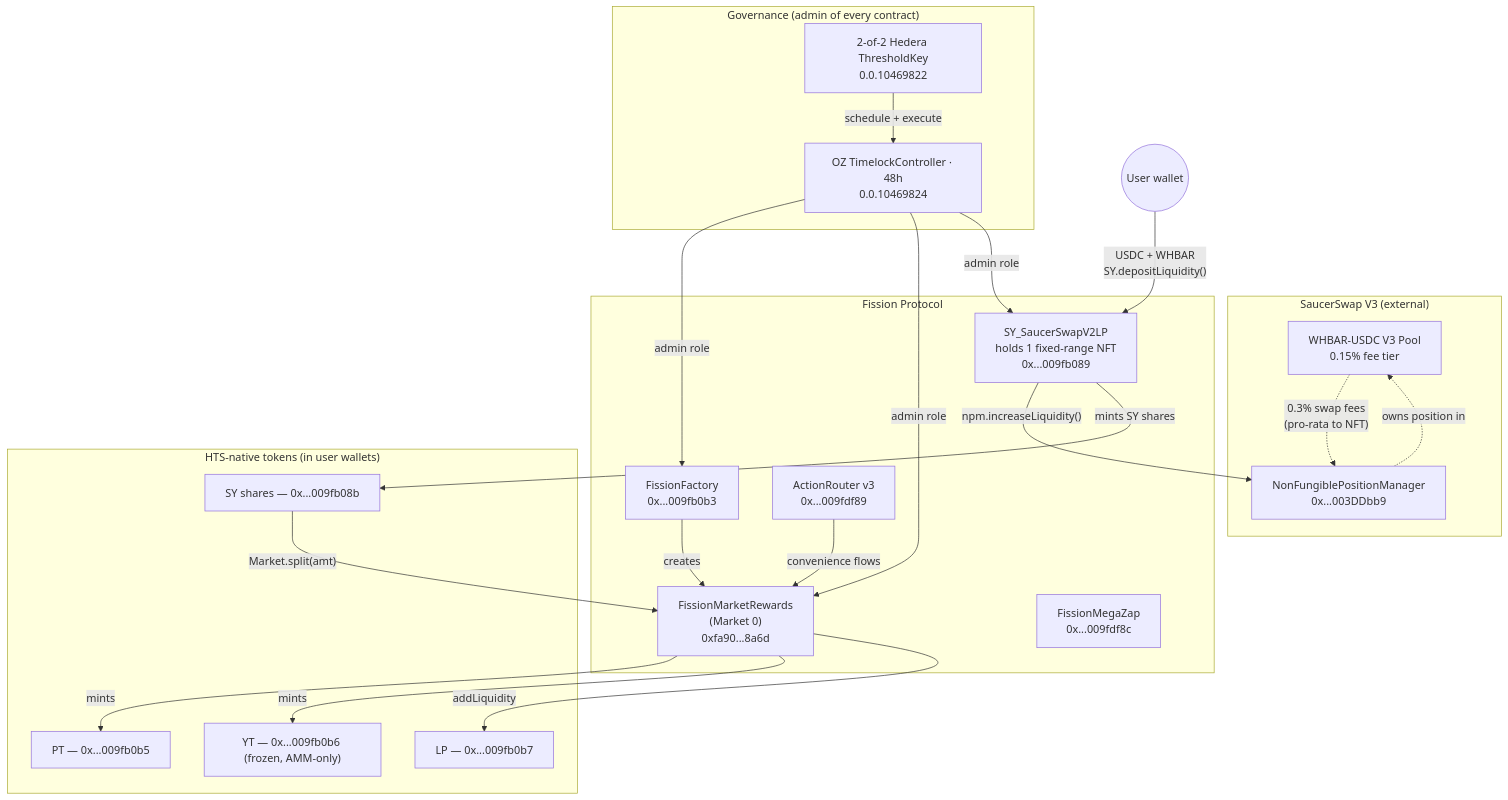
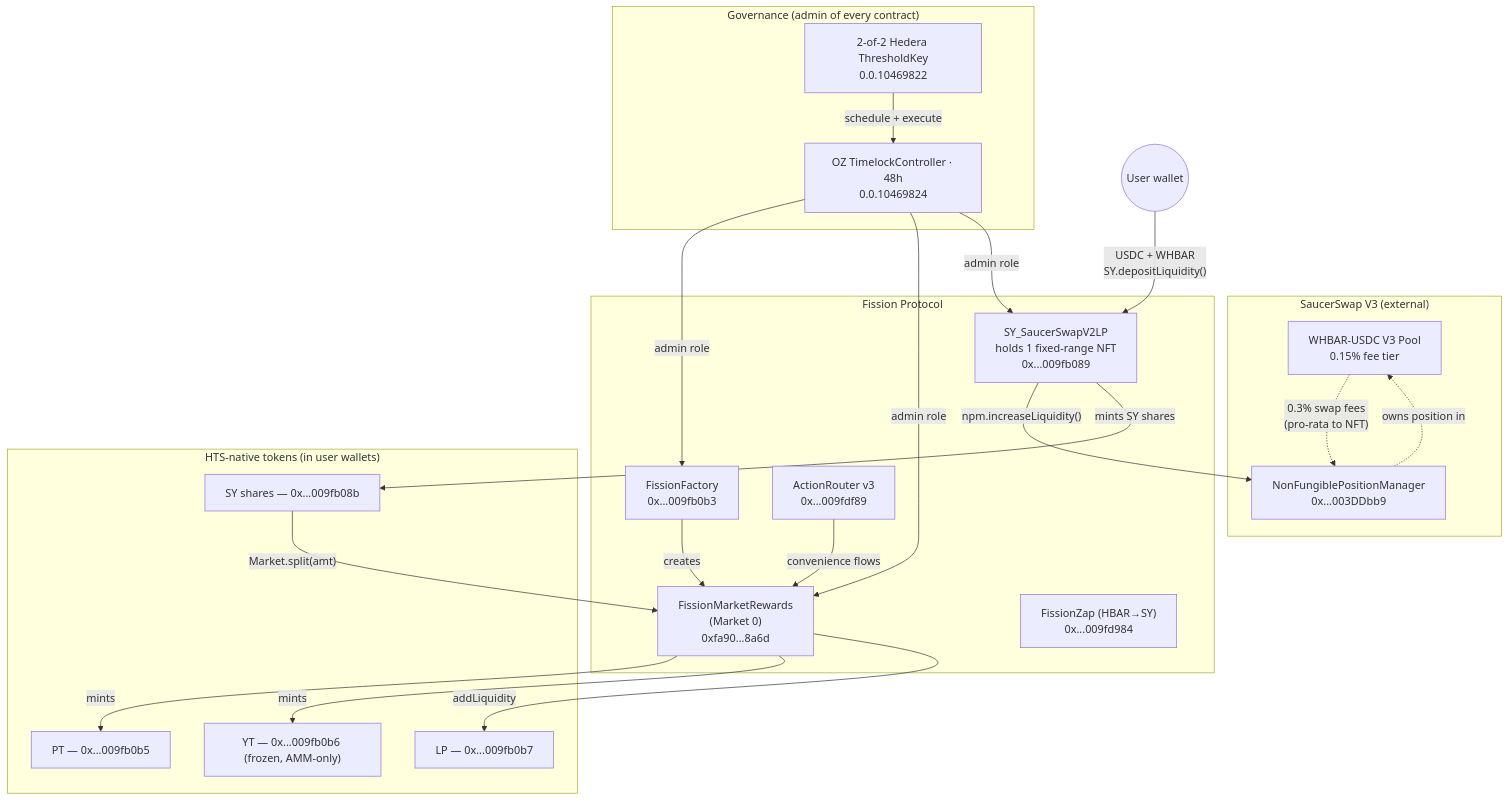
Before and after one commit to penguinpecker/fission-protocol-hedera: the first of 5 diagrams in README.md, drawn with Mermaid. The commit also changed other lines of this file and 6 other files, not shown here.

First line of the commit message:
fix(qa): activity USD lookup + disable broken MegaZap + e2e selectors

````diff
--- a/README.md
+++ b/README.md
@@ -19,43 +19,43 @@
 ```mermaid
 flowchart TB
     subgraph Outside["SaucerSwap V3 (external)"]
         Pool["WHBAR-USDC V3 Pool<br/>0.15% fee tier"]
         NPM["NonFungiblePositionManager<br/>0x...003DDbb9"]
     end
 
     subgraph Fission["Fission Protocol"]
         SY["SY_SaucerSwapV2LP<br/>holds 1 fixed-range NFT<br/>0x...009fb089"]
         Factory["FissionFactory<br/>0x...009fb0b3"]
         Market["FissionMarketRewards<br/>(Market 0)<br/>0xfa90...8a6d"]
         Router["ActionRouter v3<br/>0x...009fdf89"]
-        Mega["FissionMegaZap<br/>0x...009fdf8c"]
+        Zap["FissionZap (HBAR→SY)<br/>0x...009fd984"]
     end
 
     subgraph Tokens["HTS-native tokens (in user wallets)"]
         PT["PT — 0x...009fb0b5"]
         YT["YT — 0x...009fb0b6 (frozen, AMM-only)"]
         LP["LP — 0x...009fb0b7"]
         SYsh["SY shares — 0x...009fb08b"]
     end
 
     subgraph Gov["Governance (admin of every contract)"]
         Thresh["2-of-2 Hedera ThresholdKey<br/>0.0.10469822"]
         TL["OZ TimelockController · 48h<br/>0.0.10469824"]
         Thresh -- "schedule + execute" --> TL
         TL -- "admin role" --> Factory
         TL -- "admin role" --> Market
         TL -- "admin role" --> SY
     end
 
     User((User wallet)) -- "USDC + WHBAR<br/>SY.depositLiquidity()" --> SY
     SY -- "npm.increaseLiquidity()" --> NPM
     NPM -. "owns position in" .-> Pool
     Pool -. "0.3% swap fees<br/>(pro-rata to NFT)" .-> NPM
     SY -- "mints SY shares" --> SYsh
     SYsh -- "Market.split(amt)" --> Market
     Market -- "mints" --> PT
     Market -- "mints" --> YT
     Router -- "convenience flows" --> Market
     Market -- "addLiquidity" --> LP
     Factory -- "creates" --> Market
 ```
````
